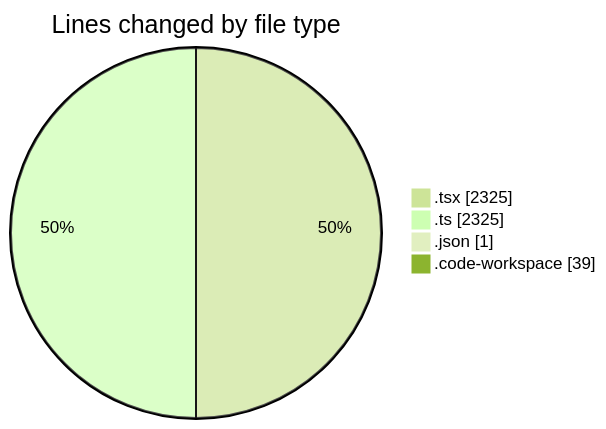
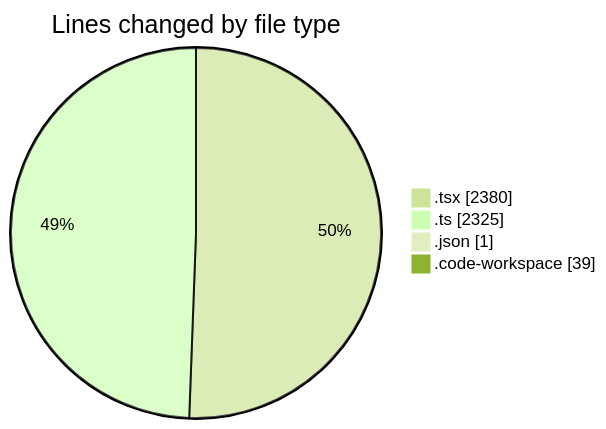
Before and after one commit to julien-gomy/code-tracking: the first of 2 diagrams in 2025-10-08/eventscop-frontend-guide__workspace_/README.md, drawn with Mermaid (forest theme). The commit also changed other lines of this file and 1 other file, not shown here.

````diff
--- a/2025-10-08/eventscop-frontend-guide__workspace_/README.md
+++ b/2025-10-08/eventscop-frontend-guide__workspace_/README.md
@@ -37,8 +37,8 @@
 ```mermaid
 pie showData
 title Lines changed by file type
-".tsx" : 2325
+".tsx" : 2380
 ".ts" : 2325
 ".json" : 1
 ".code-workspace" : 39
 ```
````
